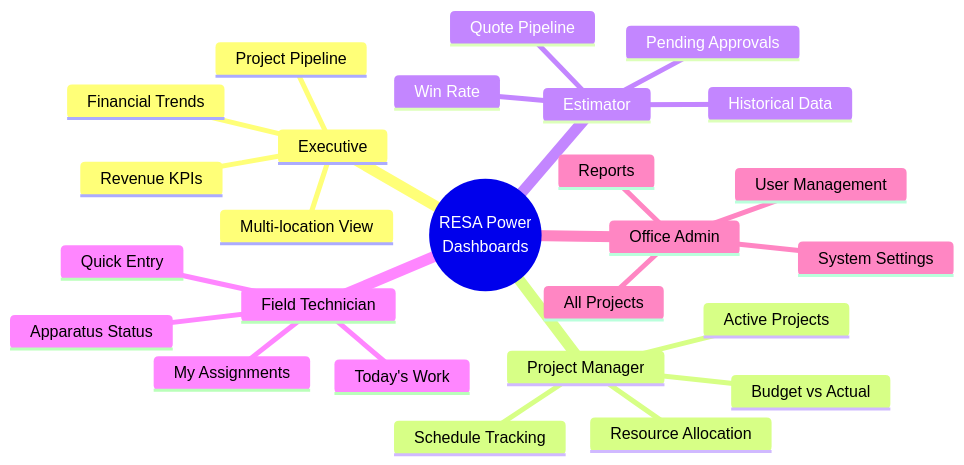
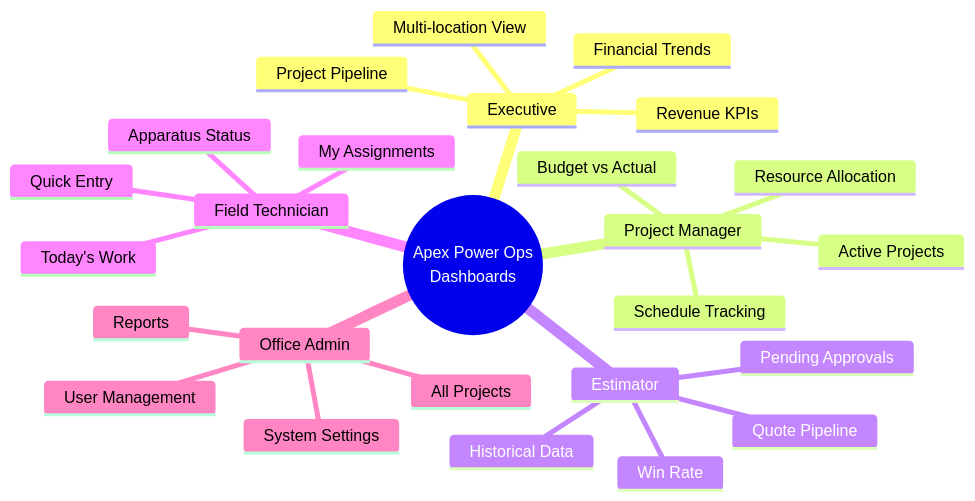
The third of 4 diagrams in PROJECT_STATUS.md (APEX-Power-Ops/apex-power-ops-platform), drawn with Mermaid before and after one commit. The commit also changed other lines of this file and 1 other file, not shown here.

Commit message:
Align top-level docs with Apex repo identity

````diff
--- a/PROJECT_STATUS.md
+++ b/PROJECT_STATUS.md
@@ -125,29 +125,29 @@
 ```mermaid
 mindmap
-  root((RESA Power<br/>Dashboards))
+  root((Apex Power Ops<br/>Dashboards))
     Executive
       Revenue KPIs
       Project Pipeline
       Multi-location View
       Financial Trends
     Project Manager
       Active Projects
       Resource Allocation
       Budget vs Actual
       Schedule Tracking
     Estimator
       Quote Pipeline
       Win Rate
       Pending Approvals
       Historical Data
     Field Technician
       My Assignments
       Today's Work
       Apparatus Status
       Quick Entry
     Office Admin
       All Projects
       User Management
       Reports
       System Settings
 ```
````
